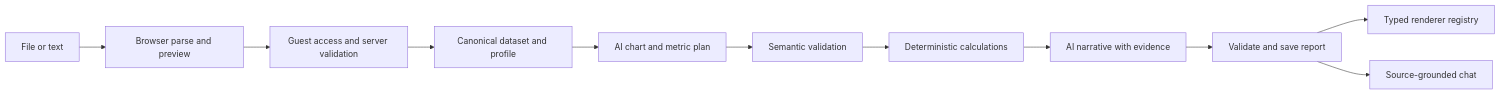
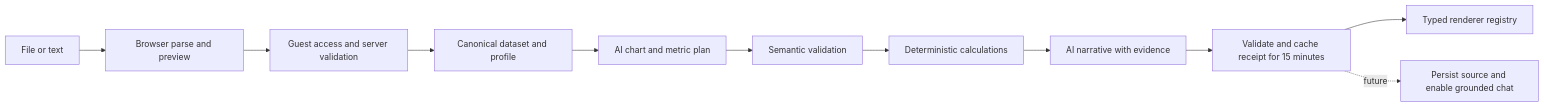
Before and after one commit to bizhello/datatale: the diagram in docs/ARCHITECTURE.md, drawn with Mermaid. The commit also changed other lines of this file and 8 other files, not shown here.

````diff
--- a/docs/ARCHITECTURE.md
+++ b/docs/ARCHITECTURE.md
@@ -64,13 +64,13 @@
 ```mermaid
 flowchart LR
   Input[File or text] --> Parse[Browser parse and preview]
   Parse --> API[Guest access and server validation]
   API --> Profile[Canonical dataset and profile]
   Profile --> Plan[AI chart and metric plan]
   Plan --> Check[Semantic validation]
   Check --> Facts[Deterministic calculations]
   Facts --> Story[AI narrative with evidence]
-  Story --> Save[Validate and save report]
-  Save --> UI[Typed renderer registry]
-  Save --> Chat[Source-grounded chat]
+  Story --> Receipt[Validate and cache receipt for 15 minutes]
+  Receipt --> UI[Typed renderer registry]
+  Receipt -. future .-> Chat[Persist source and enable grounded chat]
 ```
````
